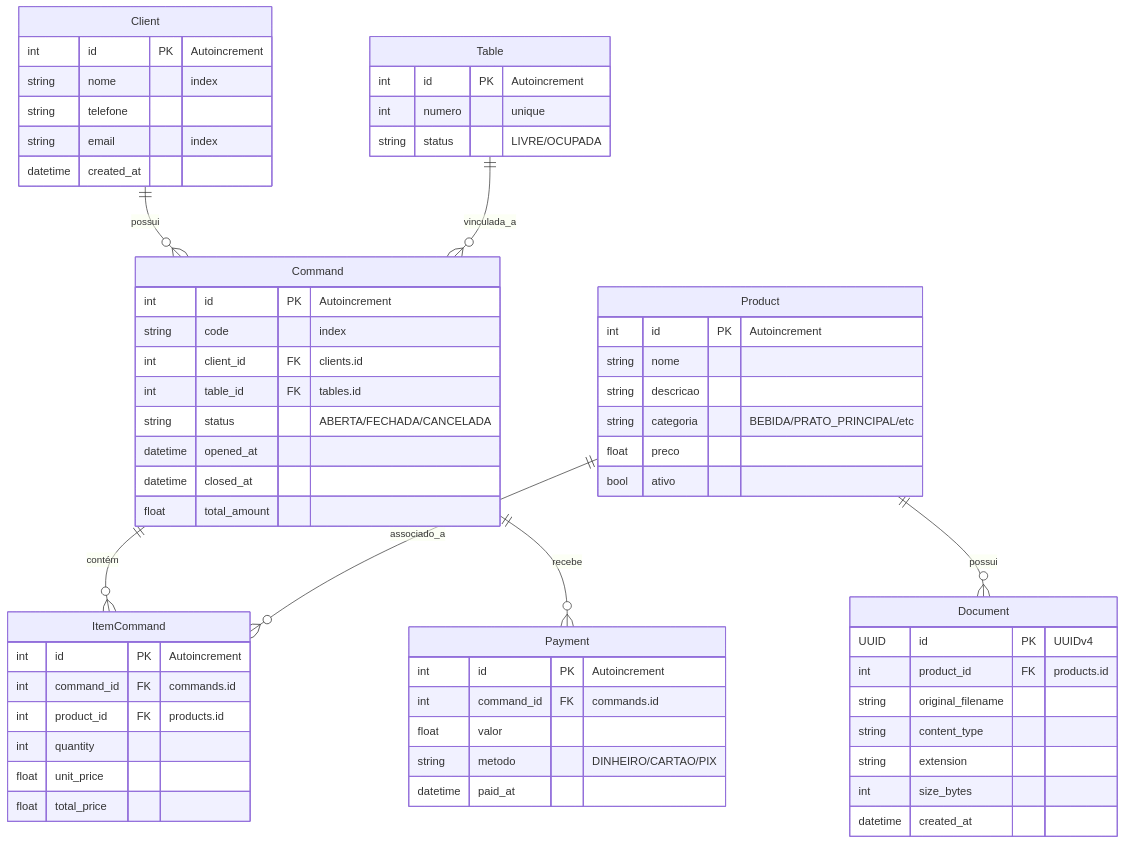
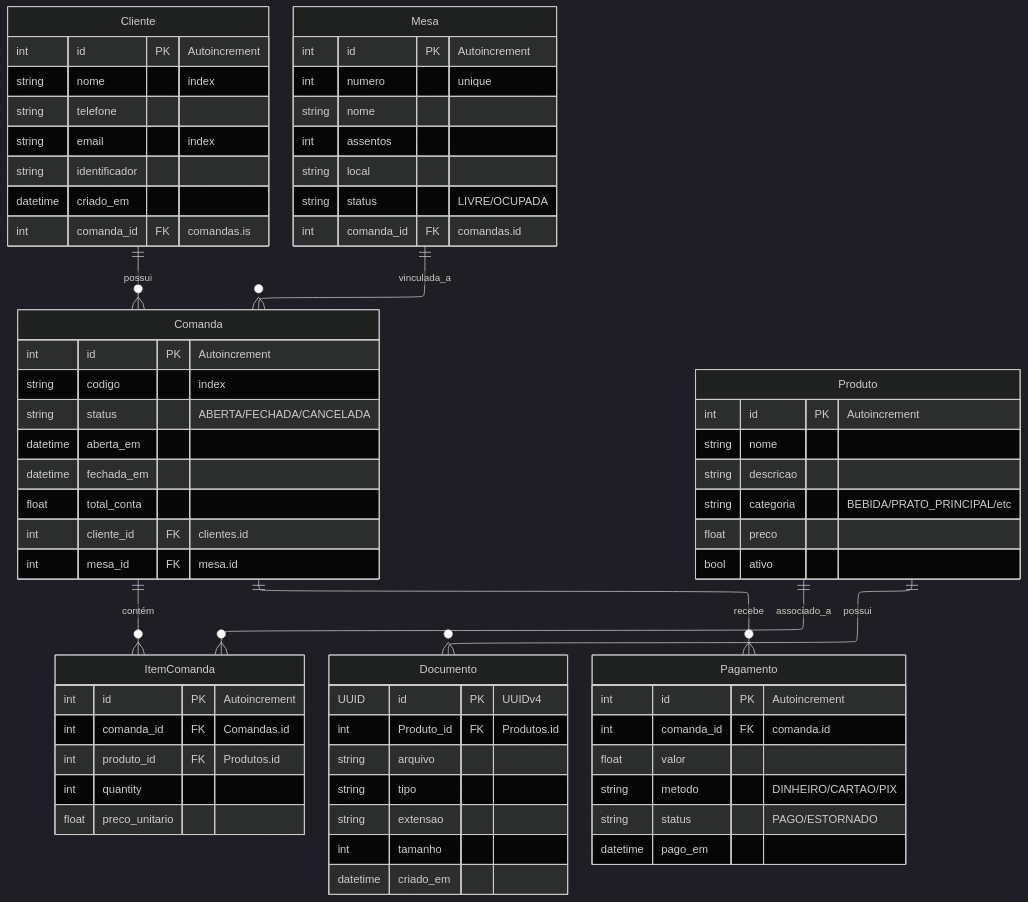
Before and after one commit to matheuspaiva1/Sistema-de-comandas: the diagram in README.md, drawn with Mermaid.

Commit message:
docs: atualizando modelagem do sistema

````diff
--- a/README.md
+++ b/README.md
@@ -22,70 +22,82 @@
 ```mermaid
+---
+config:
+  layout: elk
+  look: classic
+  theme: dark
+---
 erDiagram
-    Client ||--o{ Command : "possui"
-    Command ||--o{ ItemCommand : "contém"
-    Table ||--o{ Command : "vinculada_a"
-    Product ||--o{ ItemCommand : "associado_a"
-    Product ||--o{ Document : "possui"
-    Command ||--o{ Payment : "recebe"
+    Cliente ||--o{ Comanda : "possui"
+    Comanda ||--o{ ItemComanda : "contém"
+    Mesa ||--o{ Comanda : "vinculada_a"
+    Produto ||--o{ ItemComanda : "associado_a"
+    Produto ||--o{ Documento : "possui"
+    Comanda ||--o{ Pagamento : "recebe"
 
-    Client {
+    Cliente {
         int id PK "Autoincrement"
         string nome "index"
         string telefone
         string email "index"
-        datetime created_at
+        string identificador
+        datetime criado_em
+        int comanda_id FK "comandas.is"
     }
 
-    Table {
+    Mesa {
         int id PK "Autoincrement"
         int numero "unique"
+        string nome
+        int assentos
+        string local
         string status "LIVRE/OCUPADA"
+        int comanda_id FK "comandas.id"
     }
 
-    Command {
+    Comanda {
         int id PK "Autoincrement"
-        string code "index"
-        int client_id FK "clients.id"
-        int table_id FK "tables.id"
+        string codigo "index"
         string status "ABERTA/FECHADA/CANCELADA"
-        datetime opened_at
-        datetime closed_at
-        float total_amount
+        datetime aberta_em
+        datetime fechada_em
+        float total_conta
+        int cliente_id FK "clientes.id"
+        int mesa_id FK "mesa.id"
     }
 
-    ItemCommand {
+    ItemComanda {
         int id PK "Autoincrement"
-        int command_id FK "commands.id"
-        int product_id FK "products.id"
+        int comanda_id FK "Comandas.id"
+        int produto_id FK "Produtos.id"
         int quantity
-        float unit_price
-        float total_price
+        float preco_unitario
     }
 
-    Product {
+    Produto {
         int id PK "Autoincrement"
         string nome
         string descricao
         string categoria "BEBIDA/PRATO_PRINCIPAL/etc"
         float preco
         bool ativo
     }
 
-    Document {
+    Documento {
         UUID id PK "UUIDv4"
-        int product_id FK "products.id"
-        string original_filename
-        string content_type
-        string extension
-        int size_bytes
-        datetime created_at
+        int Produto_id FK "Produtos.id"
+        string arquivo
+        string tipo
+        string extensao
+        int tamanho
+        datetime criado_em
     }
 
-    Payment {
+    Pagamento {
         int id PK "Autoincrement"
-        int command_id FK "commands.id"
+        int comanda_id FK "comanda.id"
         float valor
         string metodo "DINHEIRO/CARTAO/PIX"
-        datetime paid_at
+        string status "PAGO/ESTORNADO"
+        datetime pago_em
     }
 ```
````
